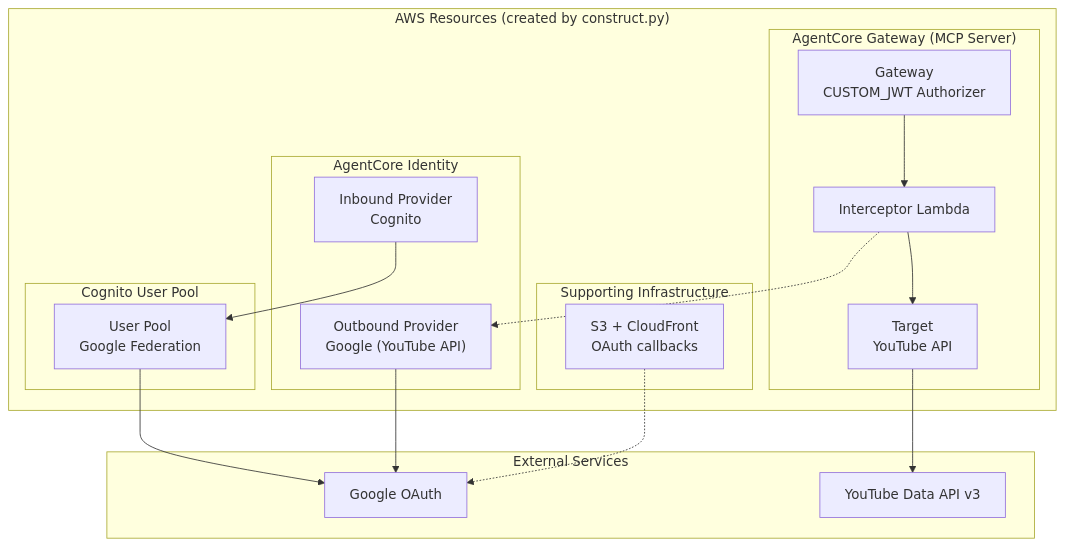
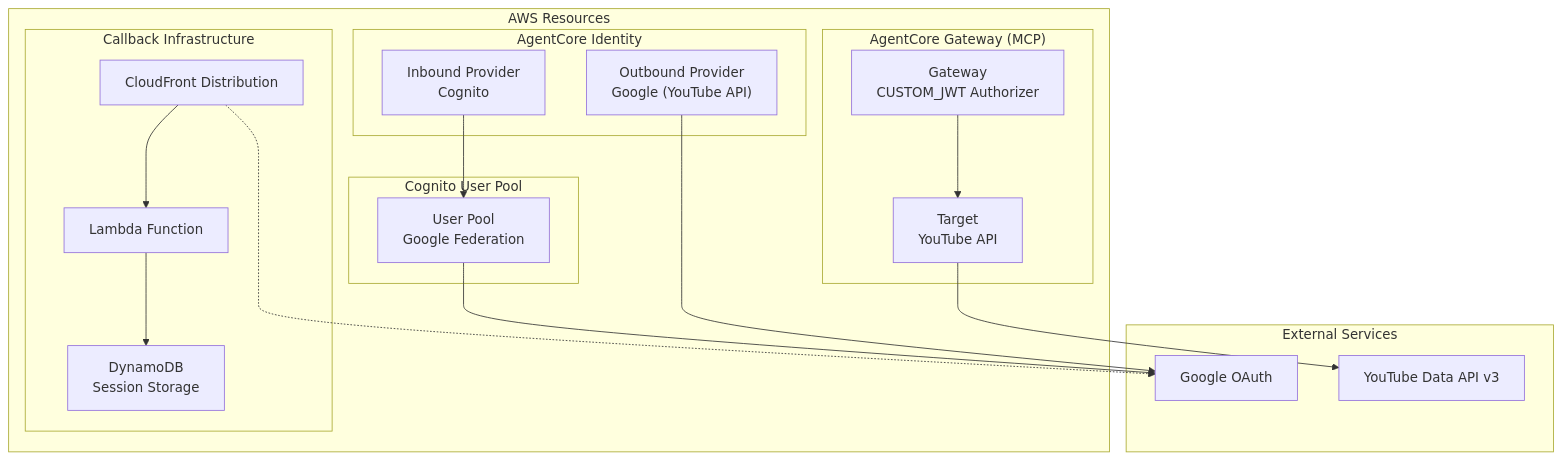
The first of 3 diagrams in oauth-gateway-from-agent/README.md (icoxfog417/agentcore-in-action), drawn with Mermaid before and after one commit. The commit also changed other lines of this file and 3 other files, not shown here.

````diff
--- a/oauth-gateway-from-agent/README.md
+++ b/oauth-gateway-from-agent/README.md
@@ -15,37 +15,38 @@
 ```mermaid
 flowchart TB
-    subgraph AWS["AWS Resources (created by construct.py)"]
+    subgraph AWS["AWS Resources"]
         subgraph Cognito["Cognito User Pool"]
             CUP["User Pool<br/>Google Federation"]
         end
 
         subgraph Identity["AgentCore Identity"]
             IP["Inbound Provider<br/>Cognito"]
             OP["Outbound Provider<br/>Google (YouTube API)"]
         end
 
-        subgraph Gateway["AgentCore Gateway (MCP Server)"]
+        subgraph Gateway["AgentCore Gateway (MCP)"]
             GW["Gateway<br/>CUSTOM_JWT Authorizer"]
-            INT["Interceptor Lambda"]
             TGT["Target<br/>YouTube API"]
         end
 
-        subgraph Infra["Supporting Infrastructure"]
-            S3["S3 + CloudFront<br/>OAuth callbacks"]
+        subgraph Infra["Callback Infrastructure"]
+            CF["CloudFront Distribution"]
+            LF["Lambda Function"]
+            DB["DynamoDB<br/>Session Storage"]
         end
     end
 
     subgraph External["External Services"]
         G["Google OAuth"]
         YT["YouTube Data API v3"]
     end
 
     IP --> CUP
     CUP --> G
     OP --> G
     TGT --> YT
-    S3 -.-> G
-    GW --> INT
-    INT --> TGT
-    INT -.-> OP
+    CF --> LF
+    LF --> DB
+    CF -.-> G
+    GW --> TGT
 ```
````
